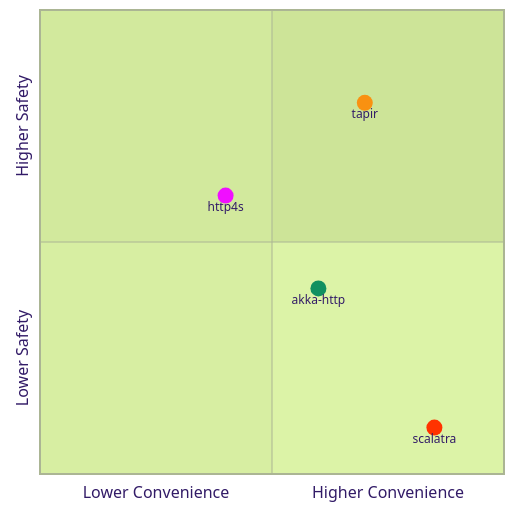
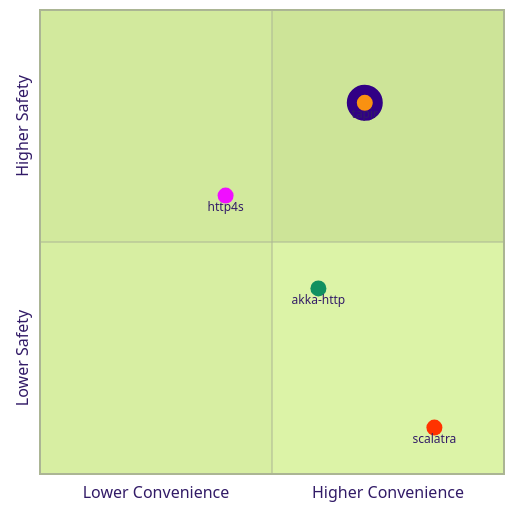
Diagram 14 of 14 in slides/http.md (polyvariant/flavors-of-scala), drawn with Mermaid (forest theme) before and after one commit. The commit also changed other lines of this file and 3 other files, not shown here.

Commit message:
Improve the http flow, simplify, remove slides

````diff
--- a/slides/http.md
+++ b/slides/http.md
@@ -1238,14 +904,14 @@
-```mermaid {scale: 0.8}
+```mermaid {scale: 0.9}
 quadrantChart
   x-axis Lower Convenience --> Higher Convenience
   y-axis Lower Safety --> Higher Safety
   scalatra:::scalatra: [0.85, 0.1]
   akka-http:::akka: [0.6, 0.4]
   http4s:::http4s: [0.4, 0.6]
   tapir:::tapir: [0.7, 0.8]
 
   classDef scalatra color: #ff3300, radius : 8
   classDef akka color: #109060, radius : 8
   classDef http4s color: #f00fff, radius : 8
-  classDef tapir color: #F99111, radius : 8
+  classDef tapir color: #F99111, radius : 13, stroke-color: #310085, stroke-width: 10px
 ```
````
